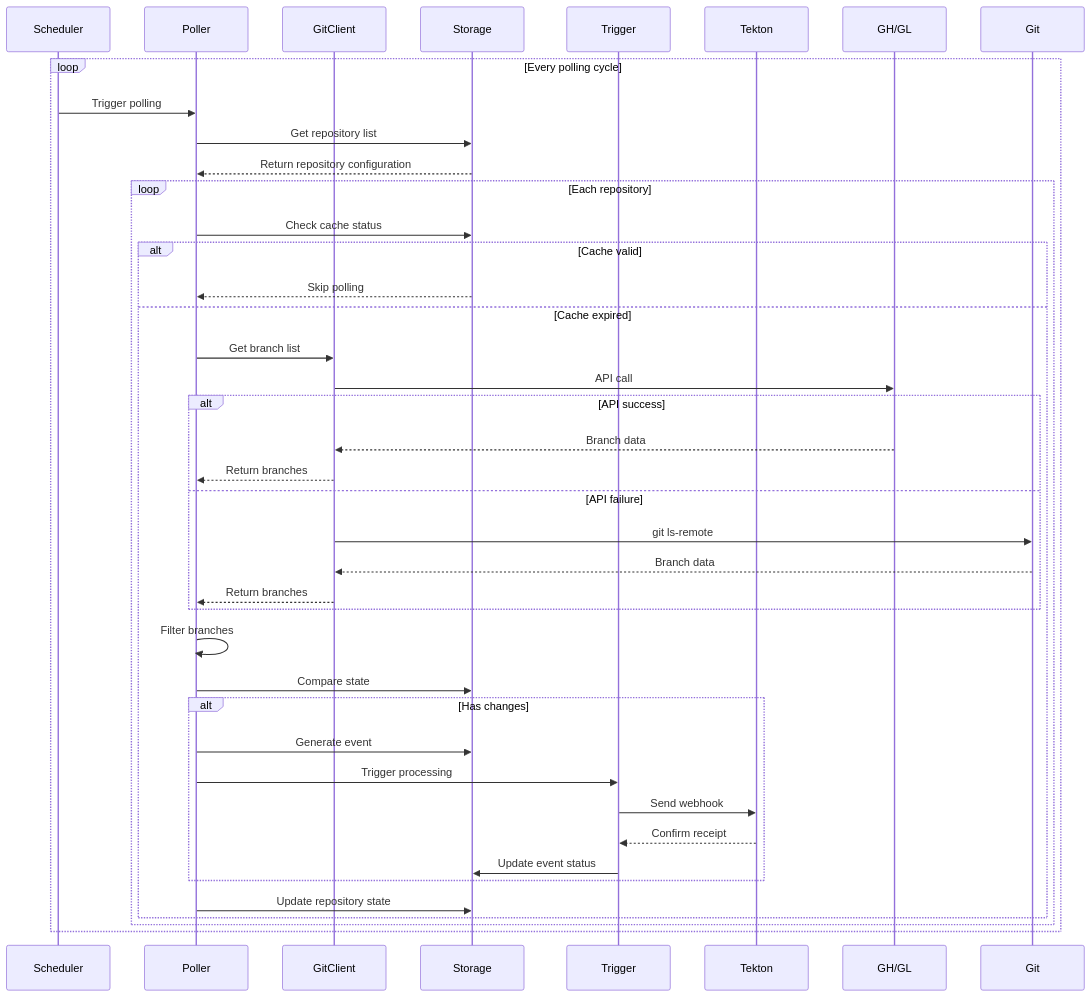
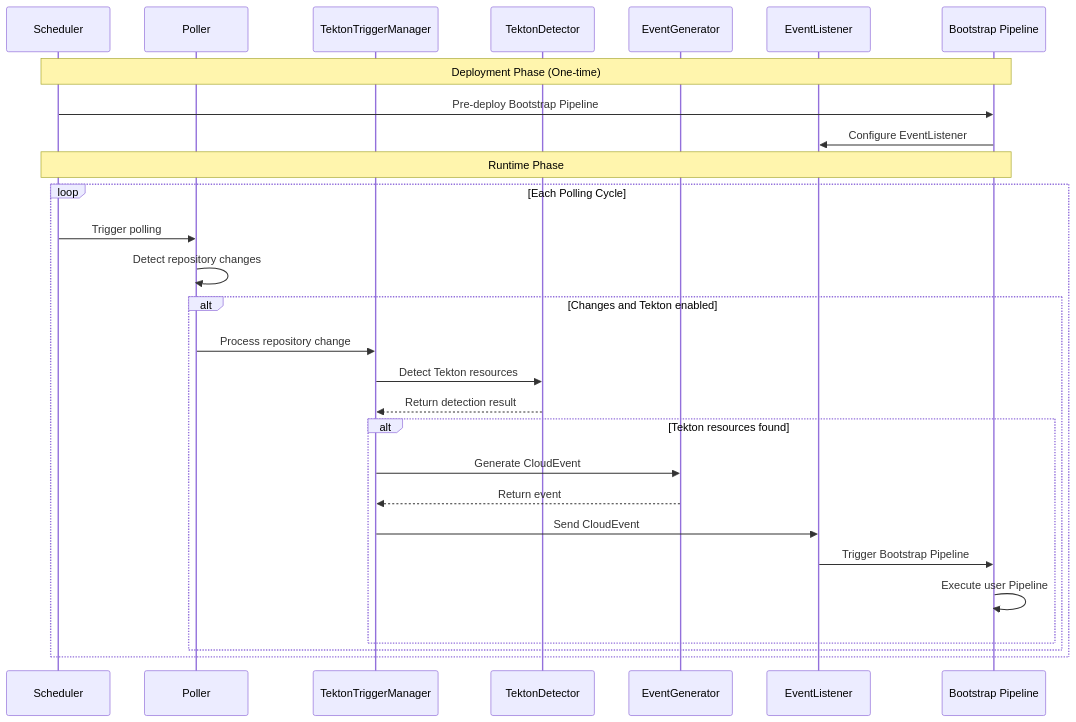
One commit to johnnynv/RepoSentry changed the fourth of 7 diagrams in docs/en/architecture.md. Above: the diagram before and after it, drawn with Mermaid. The commit also changed other lines of this file and 53 other files, not shown here.

````diff
--- a/docs/en/architecture.md
+++ b/docs/en/architecture.md
@@ -109,44 +190,32 @@
 ```mermaid
 sequenceDiagram
     participant S as Scheduler
     participant P as Poller
-    participant GC as GitClient
-    participant ST as Storage
-    participant T as Trigger
-    participant TK as Tekton
+    participant TM as TektonTriggerManager
+    participant TD as TektonDetector
+    participant EG as EventGenerator
+    participant EL as EventListener
+    participant BP as Bootstrap Pipeline
     
-    loop Every polling cycle
+    Note over S,BP: Deployment Phase (One-time)
+    S->>BP: Pre-deploy Bootstrap Pipeline
+    BP->>EL: Configure EventListener
+    
+    Note over S,BP: Runtime Phase
+    loop Each Polling Cycle
         S->>P: Trigger polling
-        P->>ST: Get repository list
-        ST-->>P: Return repository configuration
-        
-        loop Each repository
-            P->>ST: Check cache status
-            alt Cache valid
-                ST-->>P: Skip polling
-            else Cache expired
-                P->>GC: Get branch list
-                GC->>GH/GL: API call
-                alt API success
-                    GH/GL-->>GC: Branch data
-                    GC-->>P: Return branches
-                else API failure
-                    GC->>Git: git ls-remote
-                    Git-->>GC: Branch data
-                    GC-->>P: Return branches
-                end
-                
-                P->>P: Filter branches
-                P->>ST: Compare state
-                alt Has changes
-                    P->>ST: Generate event
-                    P->>T: Trigger processing
-                    T->>TK: Send webhook
-                    TK-->>T: Confirm receipt
-                    T->>ST: Update event status
-                end
-                P->>ST: Update repository state
+        P->>P: Detect repository changes
+        alt Changes and Tekton enabled
+            P->>TM: Process repository change
+            TM->>TD: Detect Tekton resources
+            TD-->>TM: Return detection result
+            alt Tekton resources found
+                TM->>EG: Generate CloudEvent
+                EG-->>TM: Return event
+                TM->>EL: Send CloudEvent
+                EL->>BP: Trigger Bootstrap Pipeline
+                BP->>BP: Execute user Pipeline
             end
         end
     end
 ```
````
